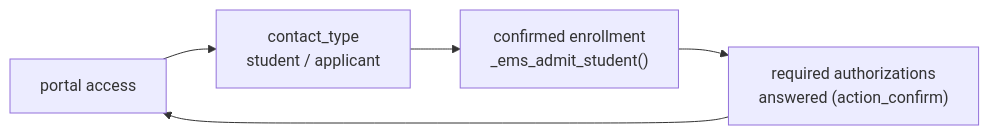
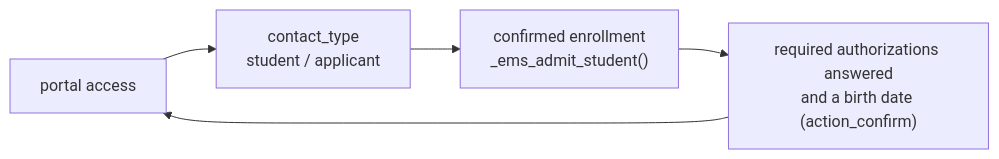
One commit to ElPuig/EMS changed the fourth of 4 diagrams in docs/en/developers/enrollment/enrollment.md. Above: the diagram before and after it, drawn with Mermaid. The commit also changed 150 other files, not shown here.

````diff
--- a/docs/en/developers/enrollment/enrollment.md
+++ b/docs/en/developers/enrollment/enrollment.md
@@ -253,7 +253,7 @@
 ```mermaid
 flowchart LR
     P["portal access"] --> S["contact_type<br/>student / applicant"]
     S --> C["confirmed enrollment<br/>_ems_admit_student()"]
-    C --> A["required authorizations<br/>answered (action_confirm)"]
+    C --> A["required authorizations answered<br/>and a birth date (action_confirm)"]
     A --> P
 ```
````
